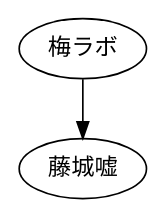
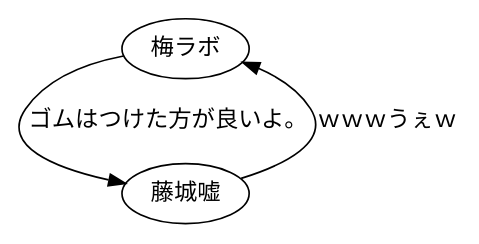
One commit to takano32/DynamicRelationGraph changed the diagram in chaos.dot. Above: the diagram before and after it, drawn with Graphviz. The commit also changed other lines of this file and 1 other file, not shown here.

```diff
--- a/chaos.dot
+++ b/chaos.dot
@@ -1,4 +1,5 @@
 digraph Chaos {
 	node [fontname="MSUIGOTHIC.ttf"];
-	梅ラボ -> 藤城嘘;
+	梅ラボ -> 藤城嘘[label = "ゴムはつけた方が良いよ。"];
+	藤城嘘 -> 梅ラボ[label = "ｗｗｗうぇｗ"];
 }
```
